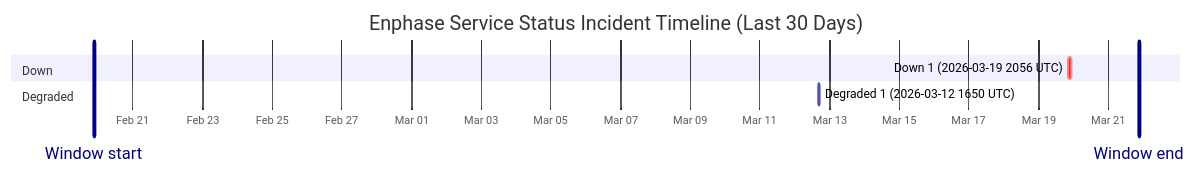
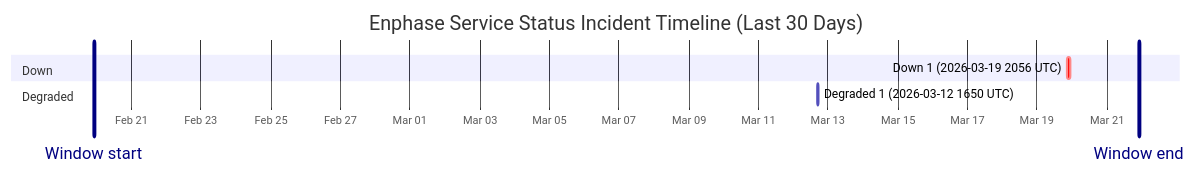
The diagram in wiki/Service-Status-History.md (barneyonline/ha-enphase-ev-charger), drawn with Mermaid before and after one commit. The commit also changed other lines of this file and 3 other files, not shown here.

````diff
--- a/wiki/Service-Status-History.md
+++ b/wiki/Service-Status-History.md
@@ -14,12 +14,12 @@
 ```mermaid
 gantt
     title Enphase Service Status Incident Timeline (Last 30 Days)
     dateFormat  YYYY-MM-DDTHH:mm:ss
     axisFormat  %b %d
-    Window start :vert, window-start, 2026-02-19T21:16:12, 0ms
-    Window end :vert, window-end, 2026-03-21T21:16:12, 0ms
+    Window start :vert, window-start, 2026-02-19T22:14:50, 0ms
+    Window end :vert, window-end, 2026-03-21T22:14:50, 0ms
     section Down
     Down 1 (2026-03-19 2056 UTC) :crit, down-1, 2026-03-19T20:56:20, 145m
     section Degraded
     Degraded 1 (2026-03-12 1650 UTC) :active, degraded-1, 2026-03-12T16:50:43, 60m
 ```
````
